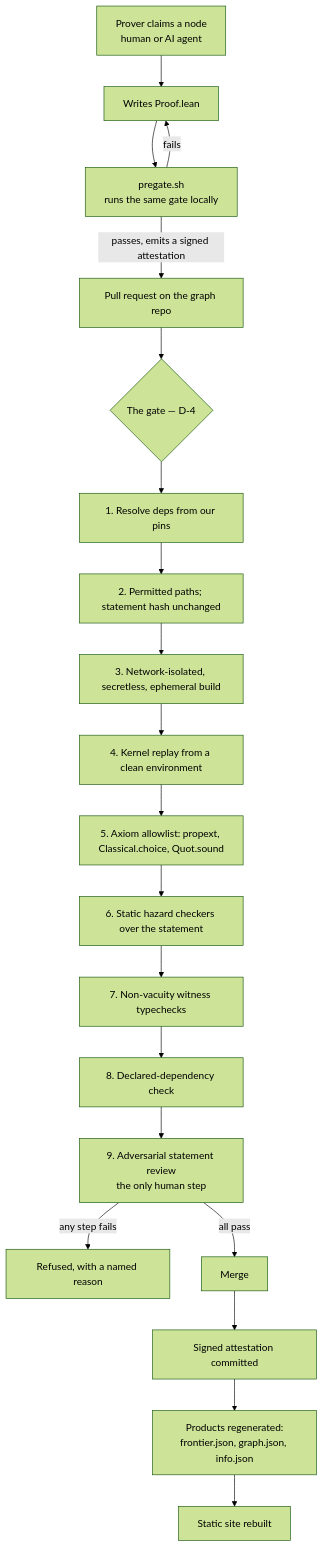
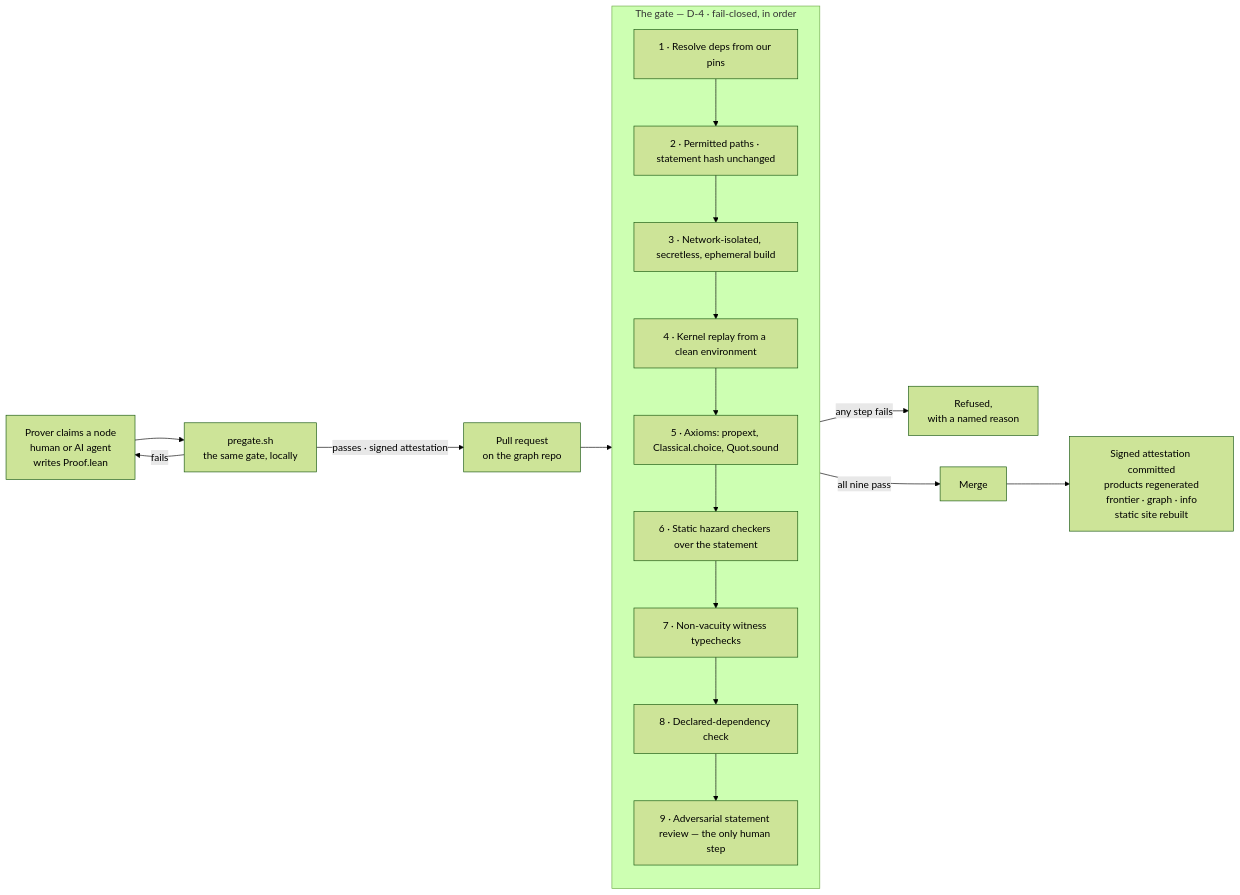
The diagram in README.md (thisisanameforsure/open_proof_network), drawn with Mermaid (forest theme) before and after one commit.

Commit message:
docs: lay the README diagram out as a pipeline, not a 2000px column
Rendered the mermaid with mmdc to look at it: flowchart TD over twenty
nodes came out 508x2475, which GitHub shows as a wall. LR with the nine
gate steps in a subgraph, and the pre/post chains merged into one node
each, is 784x566 — near 1:1 in a readme column, so the labels stay
readable.

````diff
--- a/README.md
+++ b/README.md
@@ -60,22 +60,23 @@
 ```mermaid
-flowchart TD
-    A["Prover claims a node<br/>human or AI agent"] --> B["Writes Proof.lean"]
-    B --> C["pregate.sh<br/>runs the same gate locally"]
-    C -->|"fails"| B
-    C -->|"passes, emits a signed attestation"| D["Pull request on the graph repo"]
-    D --> E{"The gate — D-4"}
-    E --> E1["1. Resolve deps from our pins"]
-    E1 --> E2["2. Permitted paths; statement hash unchanged"]
-    E2 --> E3["3. Network-isolated, secretless, ephemeral build"]
-    E3 --> E4["4. Kernel replay from a clean environment"]
-    E4 --> E5["5. Axiom allowlist: propext, Classical.choice, Quot.sound"]
-    E5 --> E6["6. Static hazard checkers over the statement"]
-    E6 --> E7["7. Non-vacuity witness typechecks"]
-    E7 --> E8["8. Declared-dependency check"]
-    E8 --> E9["9. Adversarial statement review<br/>the only human step"]
-    E9 -->|"any step fails"| X["Refused, with a named reason"]
-    E9 -->|"all pass"| M["Merge"]
-    M --> N["Signed attestation committed"]
-    N --> P["Products regenerated:<br/>frontier.json, graph.json, info.json"]
-    P --> S["Static site rebuilt"]
+flowchart LR
+    A["Prover claims a node<br/>human or AI agent<br/>writes Proof.lean"] --> C["pregate.sh<br/>the same gate, locally"]
+    C -->|"fails"| A
+    C -->|"passes · signed attestation"| D["Pull request<br/>on the graph repo"]
+    D --> G
+
+    subgraph G ["The gate — D-4 · fail-closed, in order"]
+        direction TB
+        E1["1 · Resolve deps from our pins"] --> E2["2 · Permitted paths · statement hash unchanged"]
+        E2 --> E3["3 · Network-isolated, secretless, ephemeral build"]
+        E3 --> E4["4 · Kernel replay from a clean environment"]
+        E4 --> E5["5 · Axioms: propext, Classical.choice, Quot.sound"]
+        E5 --> E6["6 · Static hazard checkers over the statement"]
+        E6 --> E7["7 · Non-vacuity witness typechecks"]
+        E7 --> E8["8 · Declared-dependency check"]
+        E8 --> E9["9 · Adversarial statement review — the only human step"]
+    end
+
+    G -->|"any step fails"| X["Refused,<br/>with a named reason"]
+    G -->|"all nine pass"| M["Merge"]
+    M --> N["Signed attestation committed<br/>products regenerated<br/>frontier · graph · info<br/>static site rebuilt"]
 ```
````
